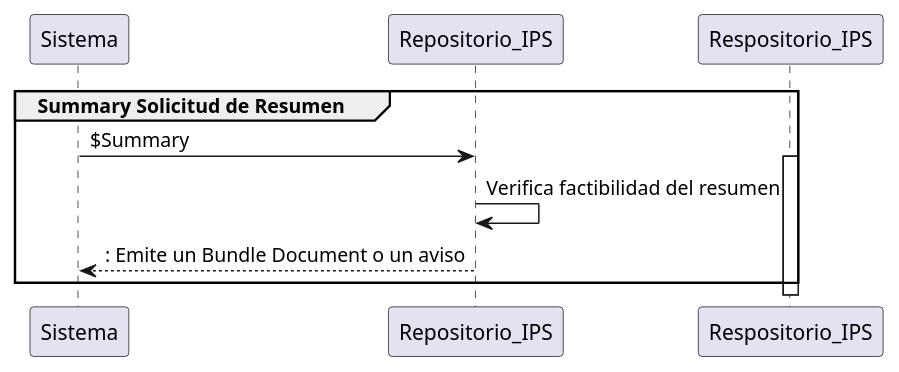
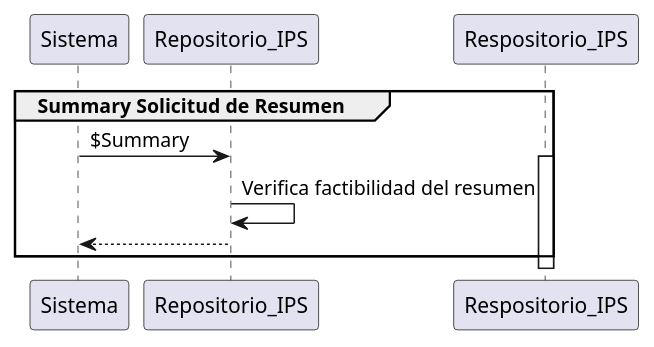
Before and after one commit to HL7Chile-BiomedicaUv/IPS-Embarazo: the diagram in input/images-source/CasoUso1.plantuml, drawn with PlantUML.

```diff
--- a/input/images-source/CasoUso1.plantuml
+++ b/input/images-source/CasoUso1.plantuml
@@ -1,10 +1,10 @@
 @startuml name
 
 group Summary Solicitud de Resumen
 Sistema -> Repositorio_IPS : $Summary
 activate Respositorio_IPS
 Repositorio_IPS -> Repositorio_IPS : Verifica factibilidad del resumen
-return : Emite un Bundle Document o un aviso
+return
 end
 
 @enduml
```
